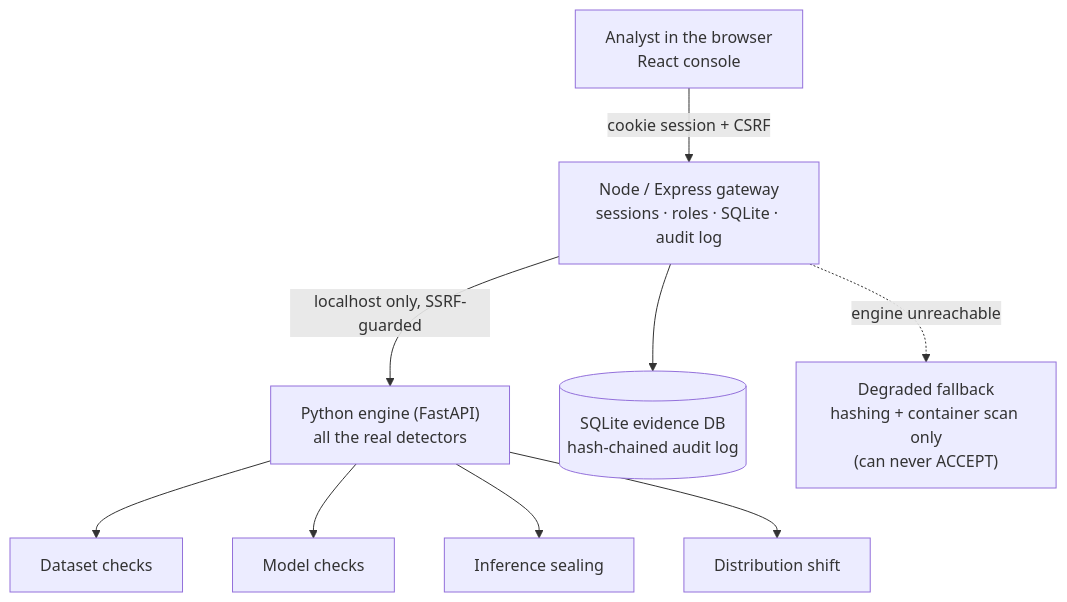
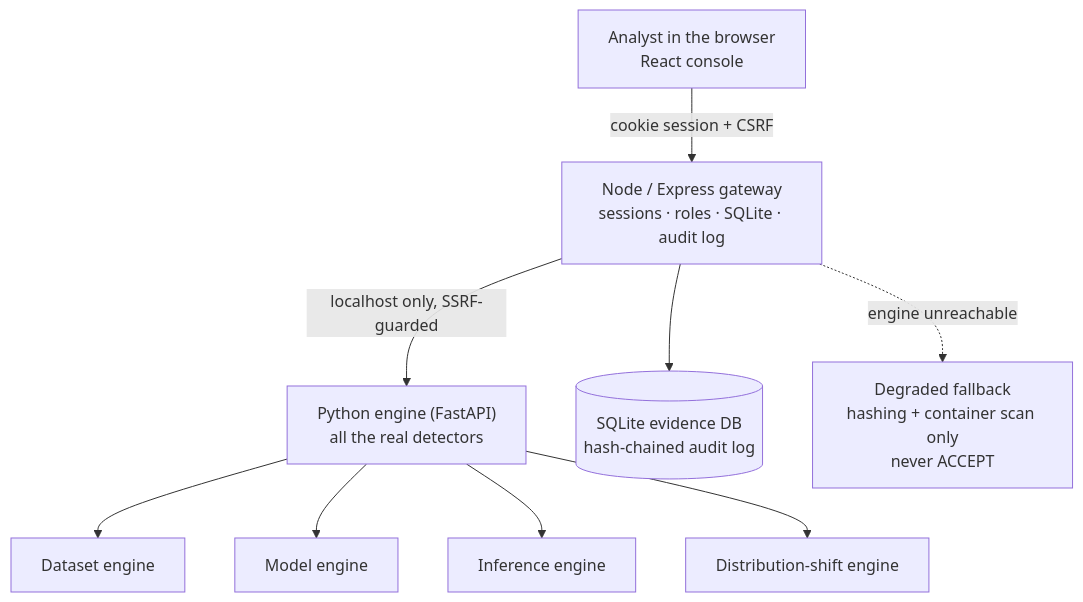
One commit to ekupekuAI/AISecurity26228 changed the second of 4 diagrams in README.md. Above: the diagram before and after it, drawn with Mermaid. The commit also changed other lines of this file and 2 other files, not shown here.

````diff
--- a/README.md
+++ b/README.md
@@ -66,11 +95,11 @@
 ```mermaid
 flowchart TD
     A["Analyst in the browser<br/>React console"] -->|"cookie session + CSRF"| B["Node / Express gateway<br/>sessions · roles · SQLite · audit log"]
     B -->|"localhost only, SSRF-guarded"| C["Python engine (FastAPI)<br/>all the real detectors"]
-    C --> D1["Dataset checks"]
-    C --> D2["Model checks"]
-    C --> D3["Inference sealing"]
-    C --> D4["Distribution shift"]
+    C --> D1["Dataset engine"]
+    C --> D2["Model engine"]
+    C --> D3["Inference engine"]
+    C --> D4["Distribution-shift engine"]
     B --> L[("SQLite evidence DB<br/>hash-chained audit log")]
-    B -. "engine unreachable" .-> F["Degraded fallback<br/>hashing + container scan only<br/>(can never ACCEPT)"]
+    B -. "engine unreachable" .-> F["Degraded fallback<br/>hashing + container scan only<br/>never ACCEPT"]
 ```
````
